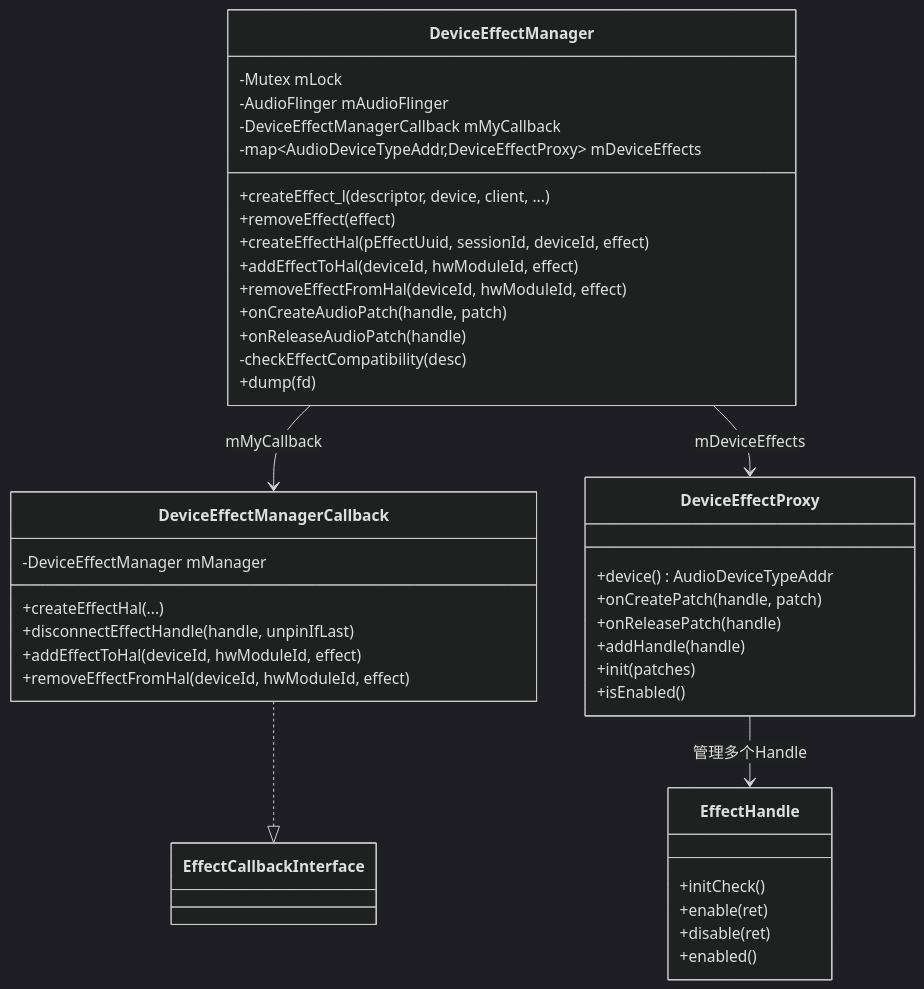
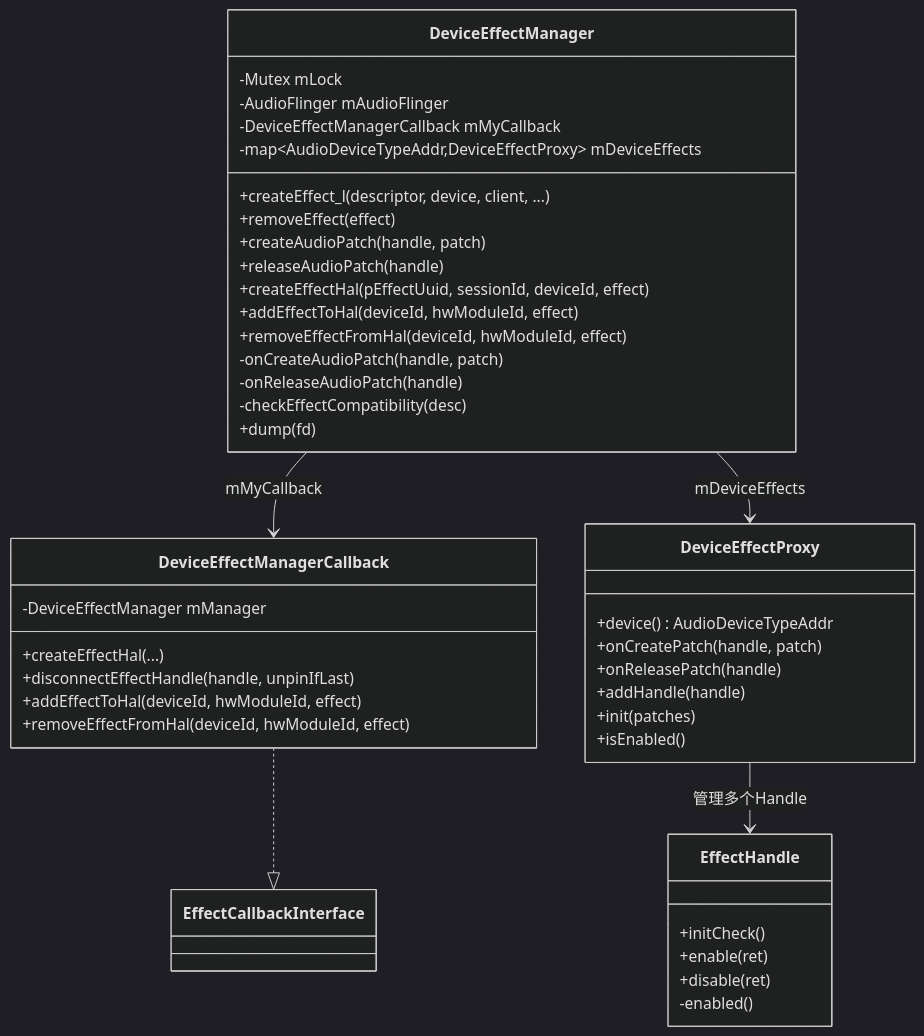
Before and after one commit to yanglinzhen1022/SA8295_AAOS_QNX_Audio_KnowledgeBase: the first of 3 diagrams in 05_AudioFlinger/05_5.12_DeviceEffectManager-设备级音效管理.md, drawn with Mermaid (dark theme). The commit also changed other lines of this file and 5 other files, not shown here.

````diff
--- a/05_AudioFlinger/05_5.12_DeviceEffectManager-设备级音效管理.md
+++ b/05_AudioFlinger/05_5.12_DeviceEffectManager-设备级音效管理.md
@@ -21,43 +21,45 @@
 ```mermaid
 classDiagram
     class DeviceEffectManager {
         -Mutex mLock
         -AudioFlinger mAudioFlinger
         -DeviceEffectManagerCallback mMyCallback
         -map~AudioDeviceTypeAddr,DeviceEffectProxy~ mDeviceEffects
         +createEffect_l(descriptor, device, client, ...)
         +removeEffect(effect)
+        +createAudioPatch(handle, patch)
+        +releaseAudioPatch(handle)
         +createEffectHal(pEffectUuid, sessionId, deviceId, effect)
         +addEffectToHal(deviceId, hwModuleId, effect)
         +removeEffectFromHal(deviceId, hwModuleId, effect)
-        +onCreateAudioPatch(handle, patch)
-        +onReleaseAudioPatch(handle)
+        -onCreateAudioPatch(handle, patch)
+        -onReleaseAudioPatch(handle)
         -checkEffectCompatibility(desc)
         +dump(fd)
     }
     class DeviceEffectManagerCallback {
         -DeviceEffectManager mManager
         +createEffectHal(...)
         +disconnectEffectHandle(handle, unpinIfLast)
         +addEffectToHal(deviceId, hwModuleId, effect)
         +removeEffectFromHal(deviceId, hwModuleId, effect)
     }
     class DeviceEffectProxy {
         +device() AudioDeviceTypeAddr
         +onCreatePatch(handle, patch)
         +onReleasePatch(handle)
         +addHandle(handle)
         +init(patches)
         +isEnabled()
     }
     class EffectHandle {
         +initCheck()
         +enable(ret)
         +disable(ret)
-        +enabled()
+        -enabled()
     }
     DeviceEffectManager --> DeviceEffectManagerCallback : mMyCallback
     DeviceEffectManager --> DeviceEffectProxy : mDeviceEffects
     DeviceEffectProxy --> EffectHandle : 管理多个Handle
     DeviceEffectManagerCallback ..|> EffectCallbackInterface
 ```
````
